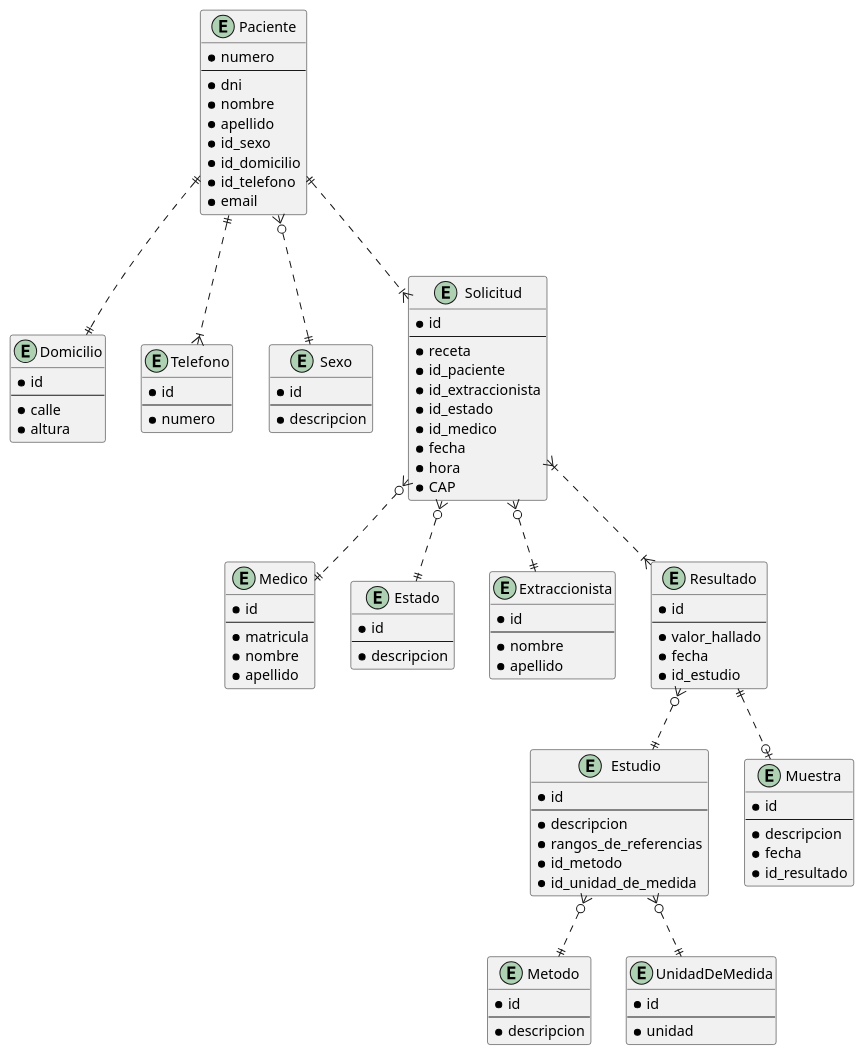
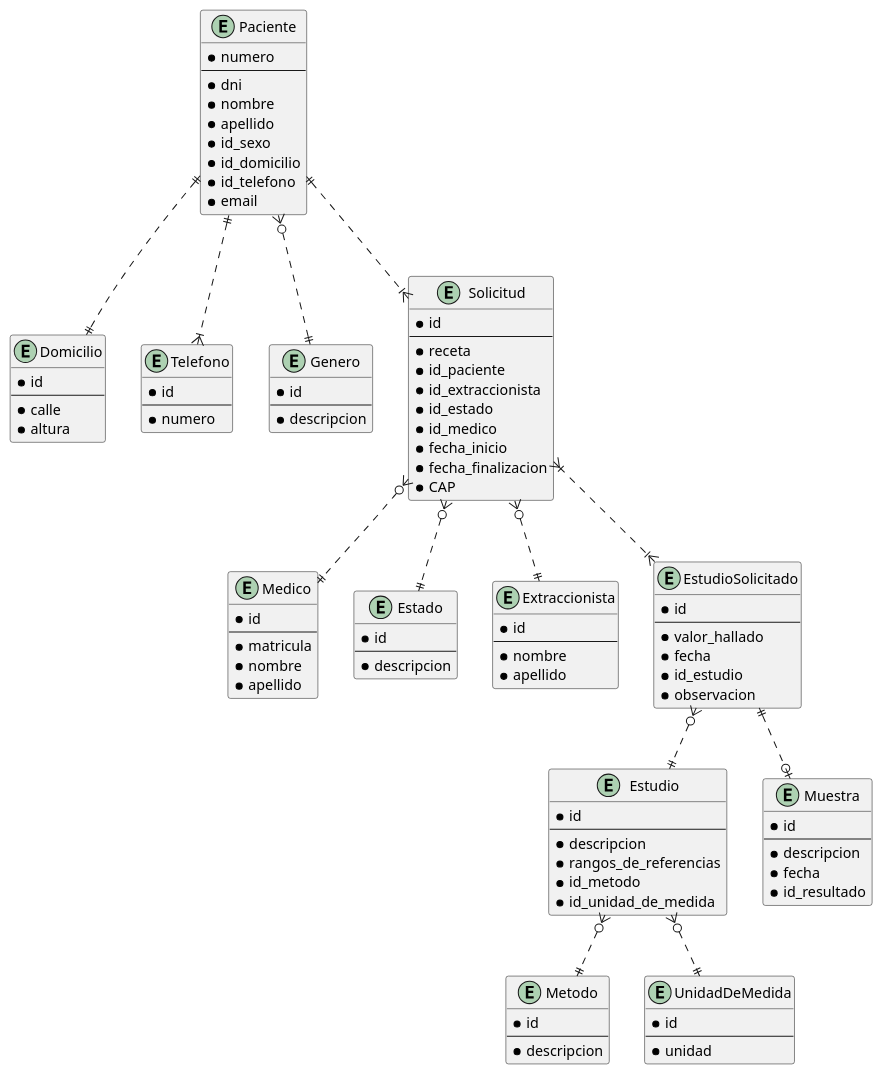
One commit to MateMar04/Biomedica changed the diagram in Diagrams/BIOMEDICA.wsd. Above: the diagram before and after it, drawn with PlantUML.

Commit message:
changed diagram

```diff
--- a/Diagrams/BIOMEDICA.wsd
+++ b/Diagrams/BIOMEDICA.wsd
@@ -1,117 +1,118 @@
 @startuml BIOMEDICA
 entity Medico {
     * id
     --
     * matricula
     * nombre
     * apellido
 }
 
 entity Domicilio {
     * id
     --
     * calle
     * altura
 }
 
 entity Telefono {
     * id
     --
     * numero
 }
 
-entity Sexo {
+entity Genero {
     * id
     --
     * descripcion
 }
 
 entity Paciente {
     * numero
     --
     * dni
     * nombre
     * apellido
     * id_sexo
     * id_domicilio
     * id_telefono
     * email
 }
 
 entity Estado {
     * id
     --
     * descripcion
 }
 
 entity Estudio {
     * id
     --
     * descripcion
     * rangos_de_referencias
     * id_metodo
     * id_unidad_de_medida
 }
 
 entity Solicitud {
     * id
     --
     * receta
     * id_paciente
     * id_extraccionista
     * id_estado
     * id_medico
-    * fecha
-    * hora
+    * fecha_inicio
+    * fecha_finalizacion
     * CAP
 }
 
 entity Extraccionista {
     * id
     --
     * nombre
     * apellido
 }
 
 entity Muestra {
     * id
     --
     * descripcion
     * fecha
     * id_resultado
 }
 
 entity Metodo {
     * id
     --
     * descripcion
 }
 
-entity Resultado {
+entity EstudioSolicitado {
     * id
     --
     * valor_hallado
     * fecha
     * id_estudio
+    * observacion
 }
 
 entity UnidadDeMedida {
     * id
     --
     * unidad
 }
 
 Paciente ||..|| Domicilio
 Paciente ||..|{ Telefono
-Paciente }o..|| Sexo
+Paciente }o..|| Genero
 Paciente ||..|{ Solicitud
 Solicitud }o..|| Medico
 Solicitud }o..|| Estado
-Resultado ||..o| Muestra
+EstudioSolicitado ||..o| Muestra
 Solicitud }o..|| Extraccionista
 Estudio }o..|| Metodo
-Solicitud }|..|{ Resultado
+Solicitud }|..|{ EstudioSolicitado
 Estudio }o..|| UnidadDeMedida
-Resultado }o..|| Estudio
+EstudioSolicitado }o..|| Estudio
 
 @enduml
```
